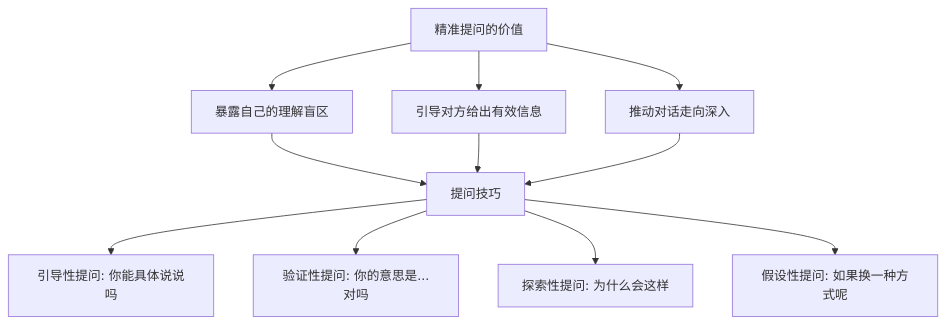
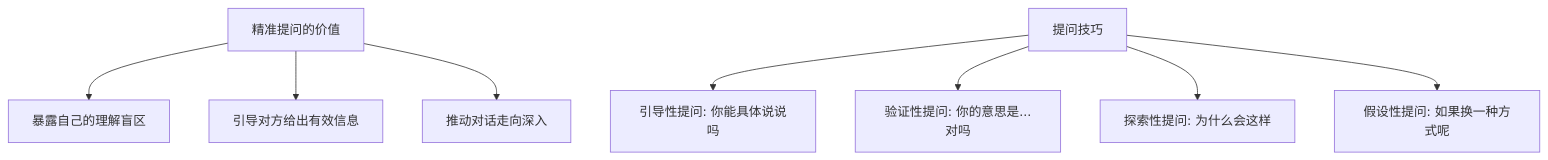
Before and after one commit to chongyang211/YCBookBlog: the sixth of 14 diagrams in 10.打工充平常记录/10.自我精进七课/06.语言沟通的演进/6.3理解能力的锻炼.md, drawn with Mermaid. The commit also changed other lines of this file and 55 other files, not shown here.

````diff
--- a/10.打工充平常记录/10.自我精进七课/06.语言沟通的演进/6.3理解能力的锻炼.md
+++ b/10.打工充平常记录/10.自我精进七课/06.语言沟通的演进/6.3理解能力的锻炼.md
@@ -154,13 +202,10 @@
 ```mermaid
 graph TD
     A[精准提问的价值] --> B[暴露自己的理解盲区]
     A --> C[引导对方给出有效信息]
     A --> D[推动对话走向深入]
-    B --> E[提问技巧]
-    C --> E
-    D --> E
-    E --> E1[引导性提问: 你能具体说说吗]
+    E[提问技巧] --> E1[引导性提问: 你能具体说说吗]
     E --> E2[验证性提问: 你的意思是...对吗]
     E --> E3[探索性提问: 为什么会这样]
     E --> E4[假设性提问: 如果换一种方式呢]
 ```
````
